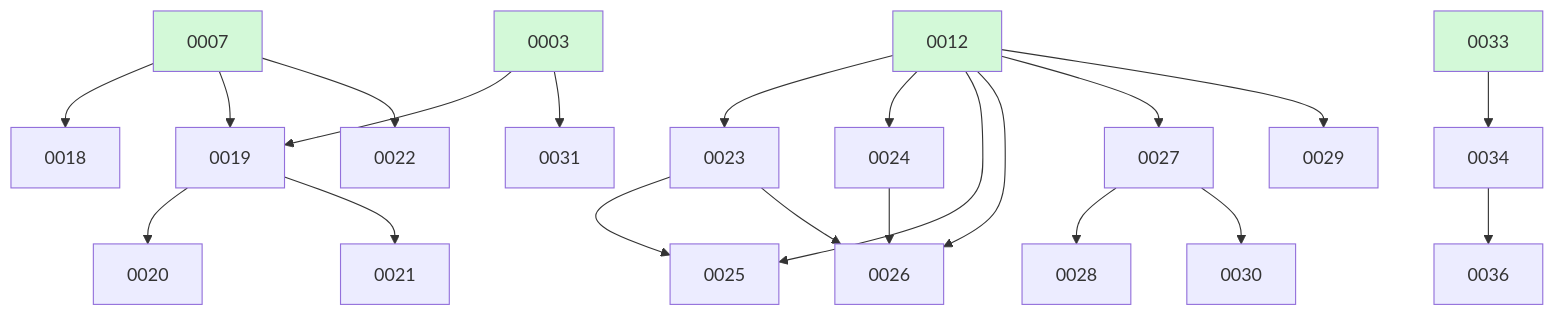
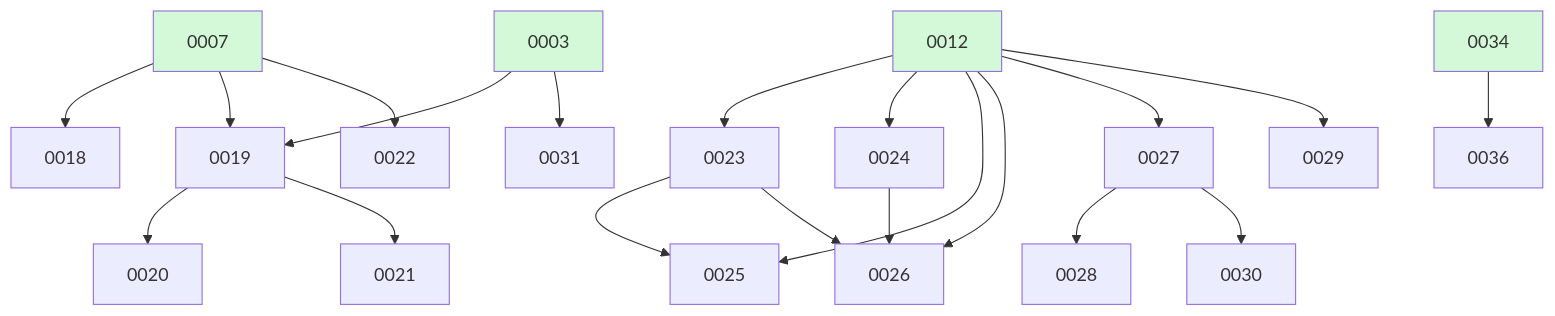
Before and after one commit to ethanhinson/fuse: the diagram in docs/changes/BOARD.md, drawn with Mermaid. The commit also changed other lines of this file, not shown here.

````diff
--- a/docs/changes/BOARD.md
+++ b/docs/changes/BOARD.md
@@ -31,28 +25,27 @@
 ```mermaid
 graph TD
   0007 --> 0018
   0003 --> 0019
   0007 --> 0019
   0019 --> 0020
   0019 --> 0021
   0007 --> 0022
   0012 --> 0023
   0012 --> 0024
   0012 --> 0025
   0023 --> 0025
   0012 --> 0026
   0023 --> 0026
   0024 --> 0026
   0012 --> 0027
   0027 --> 0028
   0012 --> 0029
   0027 --> 0030
   0003 --> 0031
-  0033 --> 0034
   0034 --> 0036
   0003:::done
   0007:::done
   0012:::done
-  0033:::done
+  0034:::done
   classDef done fill:#d3f9d8;
 ```
````
